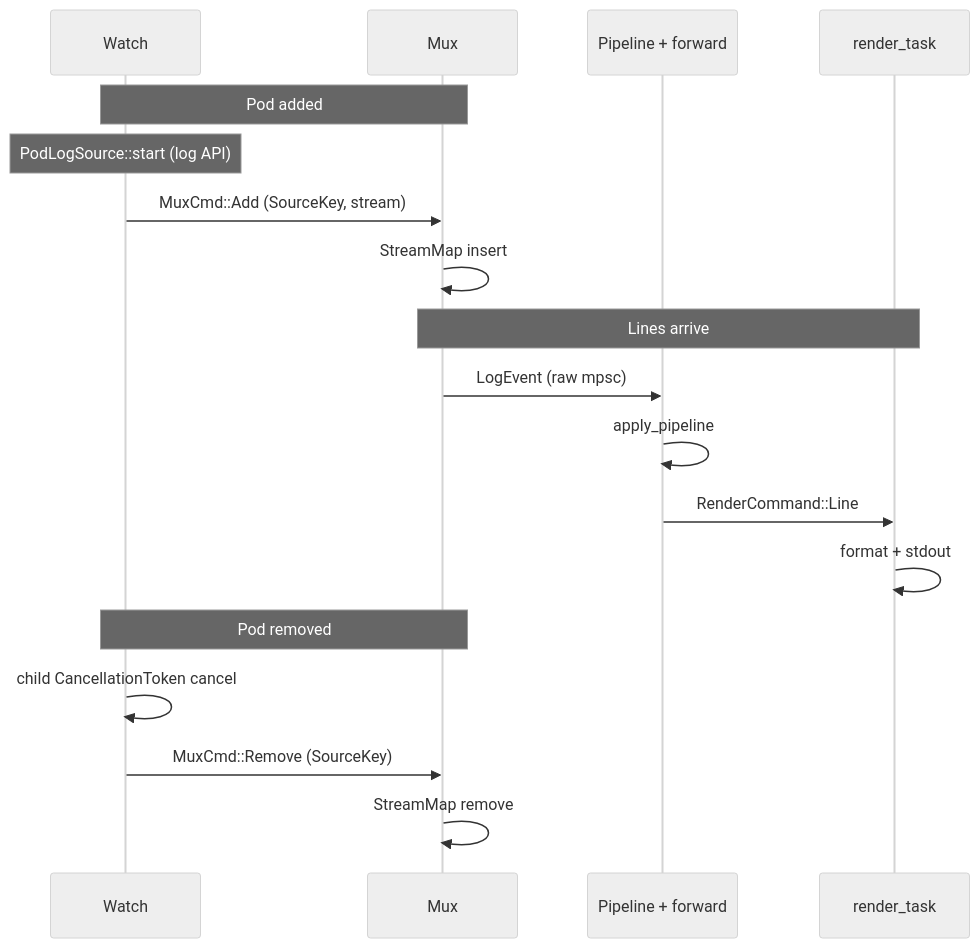
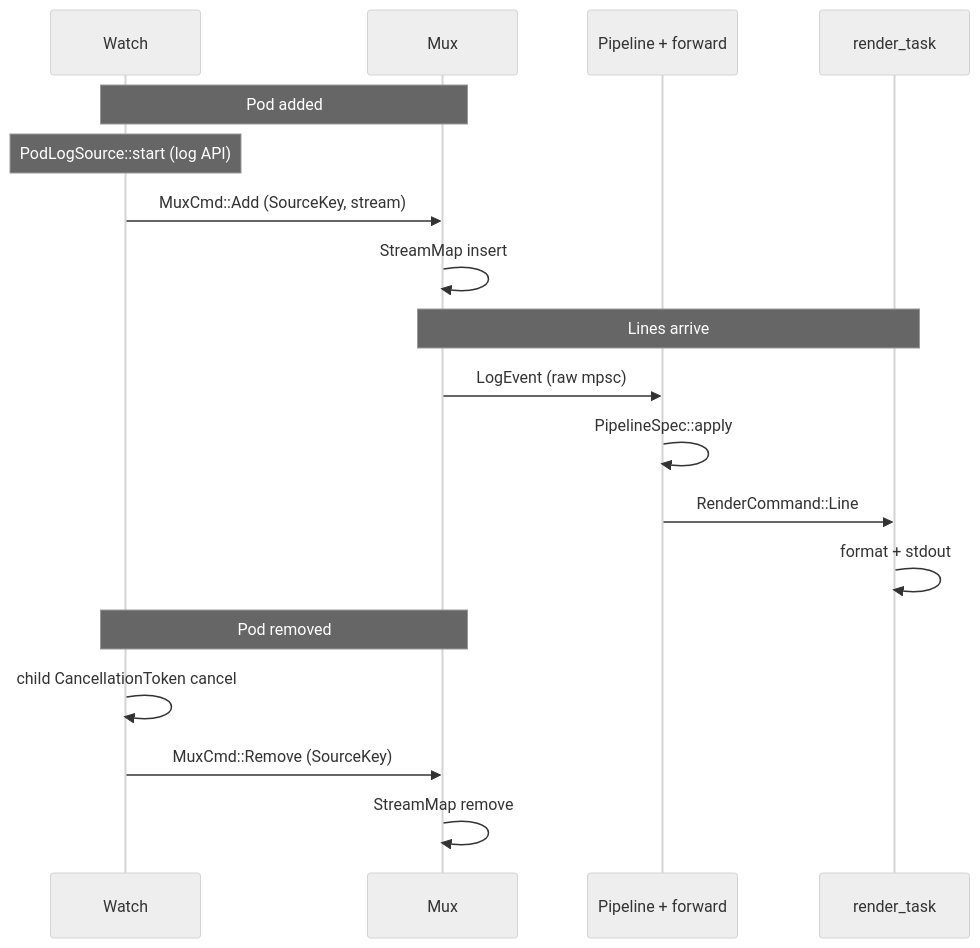
Before and after one commit to daisuke8000/rustern: the fifth of 5 diagrams in crates/rustern-core/README.md, drawn with Mermaid (neutral theme). The commit also changed other lines of this file and 17 other files, not shown here.

````diff
--- a/crates/rustern-core/README.md
+++ b/crates/rustern-core/README.md
@@ -215,23 +218,23 @@
 ```mermaid
 sequenceDiagram
     participant W as Watch
     participant M as Mux
     participant P as Pipeline + forward
     participant R as render_task
 
     Note over W, M: Pod added
     Note over W: PodLogSource::start (log API)
     W->>M: MuxCmd::Add (SourceKey, stream)
     M->>M: StreamMap insert
 
     Note over M, R: Lines arrive
     M->>P: LogEvent (raw mpsc)
-    P->>P: apply_pipeline
+    P->>P: PipelineSpec::apply
     P->>R: RenderCommand::Line
     R->>R: format + stdout
 
     Note over W, M: Pod removed
     W->>W: child CancellationToken cancel
     W->>M: MuxCmd::Remove (SourceKey)
     M->>M: StreamMap remove
 ```
````
